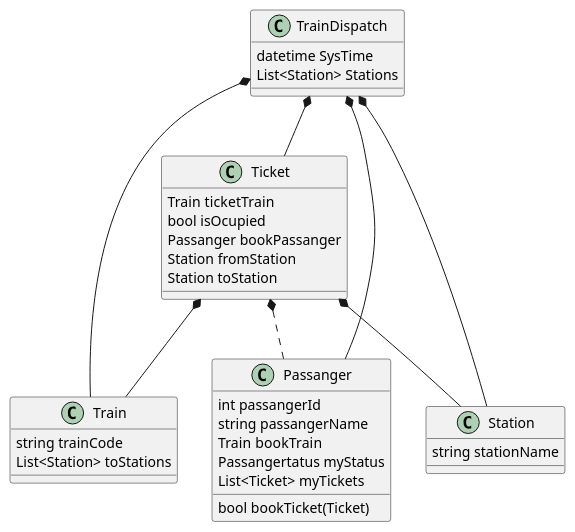
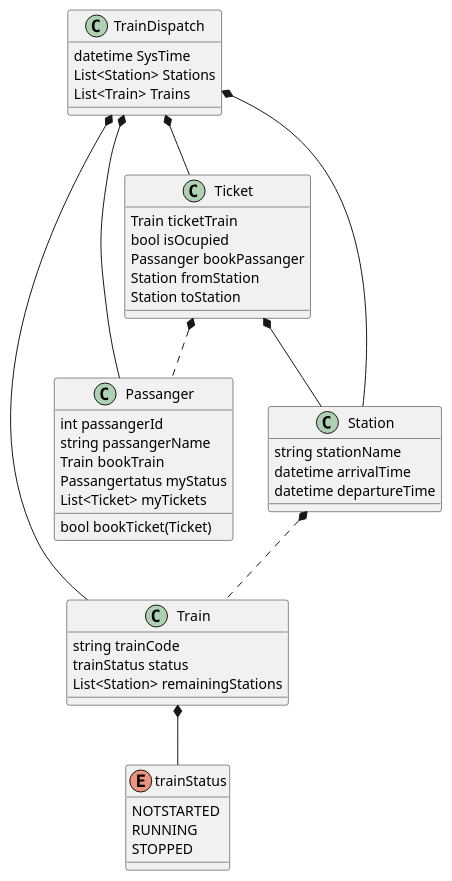
Before and after one commit to arnoliudaxia/CS132-12306: the diagram in docs/UML/ObjectHire.puml, drawn with PlantUML. The commit also changed 5 other files, not shown here.

```diff
--- a/docs/UML/ObjectHire.puml
+++ b/docs/UML/ObjectHire.puml
@@ -1,56 +1,64 @@
 @startuml
 'https://plantuml.com/class-diagram
 
 class TrainDispatch{
 datetime SysTime
 List<Station> Stations
-
+List<Train> Trains
 }
 
 class Train{
  string trainCode
+ trainStatus status
+ List<Station> remainingStations
 ' List<Passanger> passangers
- List<Station> toStations
 }
-
-'enum Passangertatus{
-'    IDLE
-'    BOOKED
-'    ONBOARD
-'}
 
 class Passanger{
 int passangerId
 string passangerName
 Train bookTrain
 Passangertatus myStatus
 List<Ticket> myTickets
 
 bool bookTicket(Ticket)
 
 }
 
 class Station{
     string stationName
+    datetime arrivalTime
+    datetime departureTime
 }
 
 TrainDispatch *-- Train
 TrainDispatch *-- Passanger
 TrainDispatch *-- Station
 
 class Ticket{
     Train ticketTrain
 '    string ticketType
 '    int ticketPrice
     bool isOcupied
     Passanger bookPassanger
     Station fromStation
     Station toStation
 }
-Ticket *-- Train
+Station *.. Train
 Ticket *-- Station
 Ticket *.. Passanger
 
 TrainDispatch *-- Ticket
 
+enum trainStatus{
+    '等待发车
+    NOTSTARTED
+    'train is running
+    RUNNING
+    'train is stopped
+    STOPPED
+}
+
+Train *-- trainStatus
+
 @enduml
```
